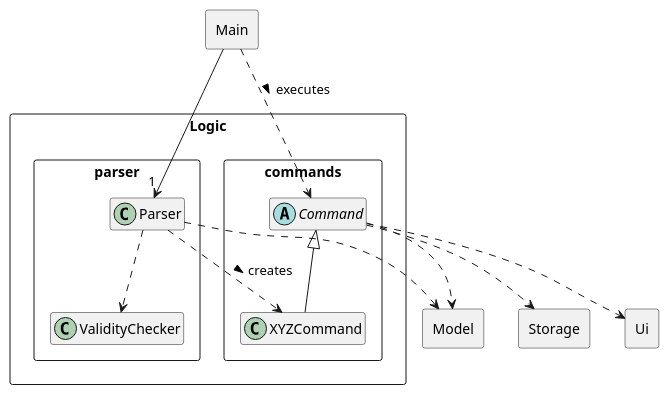
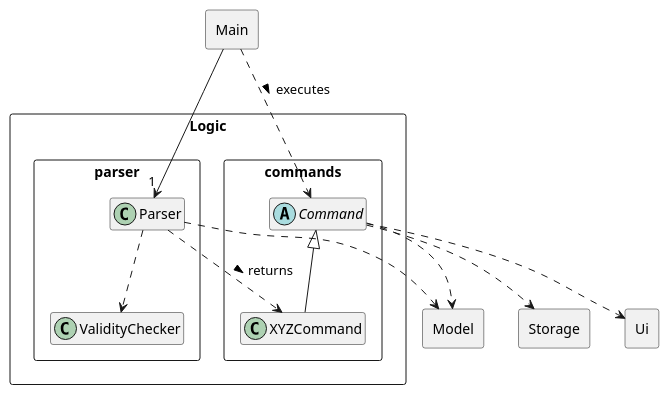
The diagram in docs/diagrams/Logic.puml (yanjia1777/tp), drawn with PlantUML before and after one commit. The commit also changed 4 other files, not shown here.

```diff
--- a/docs/diagrams/Logic.puml
+++ b/docs/diagrams/Logic.puml
@@ -1,40 +1,40 @@
 @startuml
 package "Ui" <<Rectangle>> {
 
 }
 package "Model" <<Rectangle>> {
 
 }
 package "Storage" <<Rectangle>> {
 
 }
 package "Main" <<Rectangle>> {
 }
 package "Logic" <<Rectangle>> {
 
 
 package "parser" <<Rectangle>> {
 class ValidityChecker
 class           Parser
 }
 
 package "commands" <<Rectangle>> {
 abstract class  "Command"
 class XYZCommand
 }
 
 
 
 Main --> "1" Parser
 Command <|-- XYZCommand
 Parser ..> ValidityChecker
-Parser ..> XYZCommand : creates >
+Parser ..> XYZCommand : returns >
 Main ..> Command : executes >
 
 Command ..> Ui
 Parser ..> Model
 Command ..> Model
 Command ..> Storage
 }
 hide members
 @enduml
```
